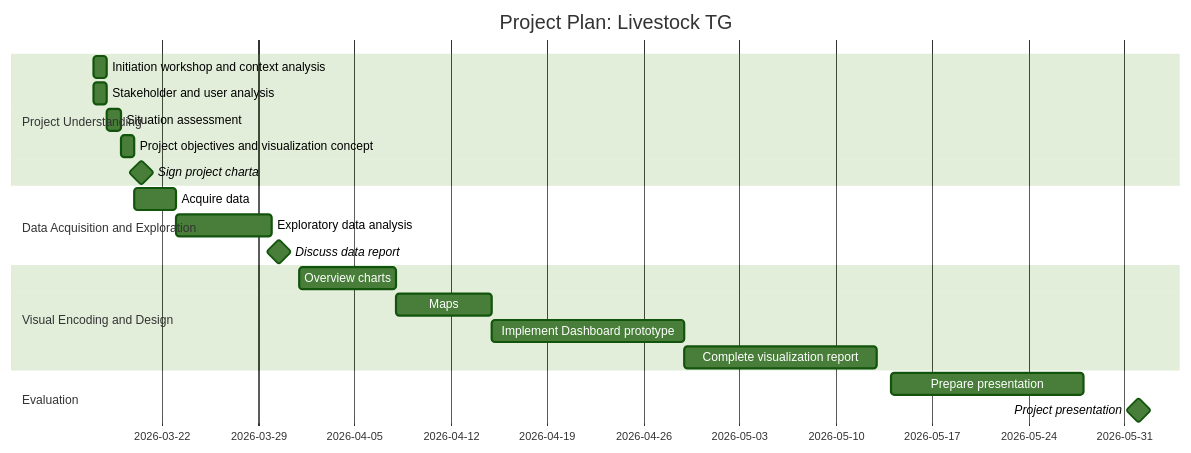
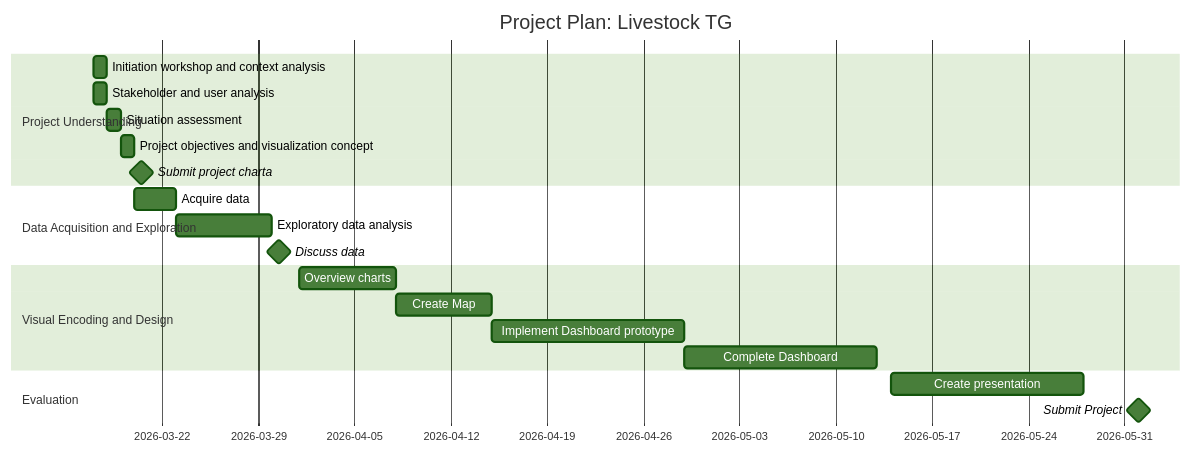
The diagram in docs/project_charta.qmd (podsv-fs26-ad24/ad24-5-fancyproject), drawn with Mermaid (forest theme) before and after one commit. The commit also changed other lines of this file, not shown here.

Commit message:
Update project charta milestones and roles

````diff
--- a/docs/project_charta.qmd
+++ b/docs/project_charta.qmd
@@ -170,29 +170,29 @@
 ```{mermaid}
 %%| label: fig-project-plan
 %%| fig-cap: Preliminary project plan in the form of a Gantt chart.
 gantt
     title Project Plan: Livestock TG
     dateFormat YYYY-MM-DD
     tickInterval 1week
     tickInterval 1week
     section Project Understanding
         Initiation workshop and context analysis     :a1, 2026-03-17, 1d
         Stakeholder and user analysis     :a3, 2026-03-17, 1d
         Situation assessment    :a4, 2026-03-18, 1d
         Project objectives and visualization concept    :a5, 2026-03-19, 1d
-        Sign project charta: milestone, m1, 2026-03-20, 1d
+        Submit project charta: milestone, m1, 2026-03-20, 1d
     
     section Data Acquisition and Exploration
         Acquire data :a6, 2026-03-20, 3d
         Exploratory data analysis   :a7, 2026-03-23, 7d
-        Discuss data report: milestone, m2, 2026-03-30, 1d
+        Discuss data: milestone, m2, 2026-03-30, 1d
         
     section Visual Encoding and Design
         Overview charts   :a8, 2026-04-01, 7d
-        Maps :a9, 2026-04-08, 7d
+        Create Map :a9, 2026-04-08, 7d
         Implement Dashboard prototype :a10, 2026-04-15, 14d
-        Complete visualization report :a10, 2026-04-29, 14d
+        Complete Dashboard :a10, 2026-04-29, 14d
     section Evaluation
-        Prepare presentation :a10, 2026-05-14, 14d
-        Project presentation : milestone, m2, 2026-06-01, 4m
+        Create presentation :a10, 2026-05-14, 14d
+        Submit Project : milestone, m2, 2026-06-01, 4m
 ```
````
